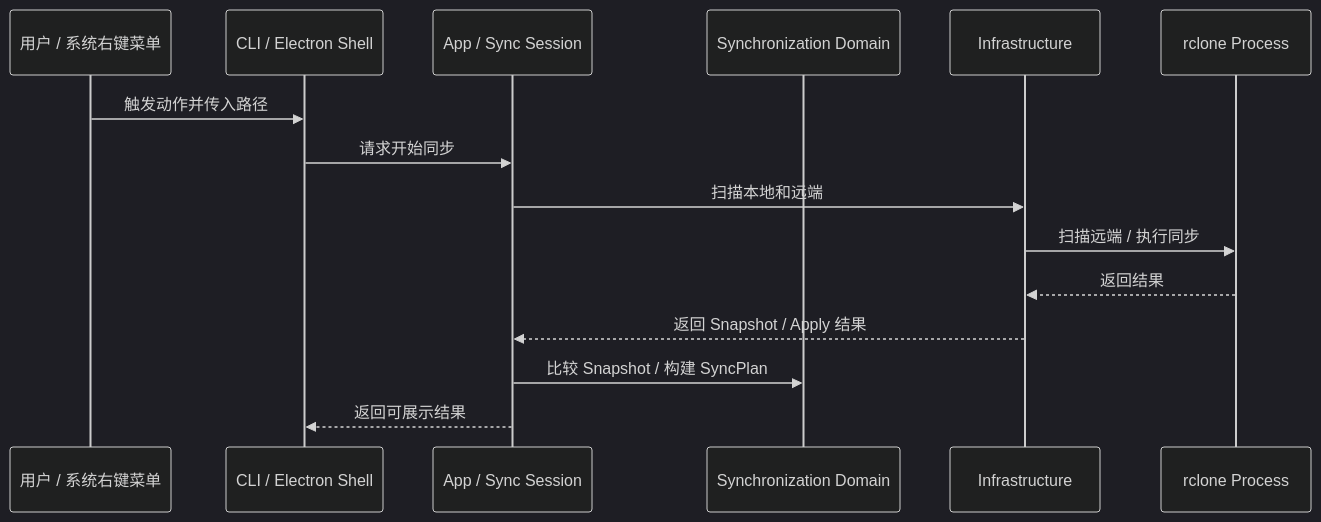
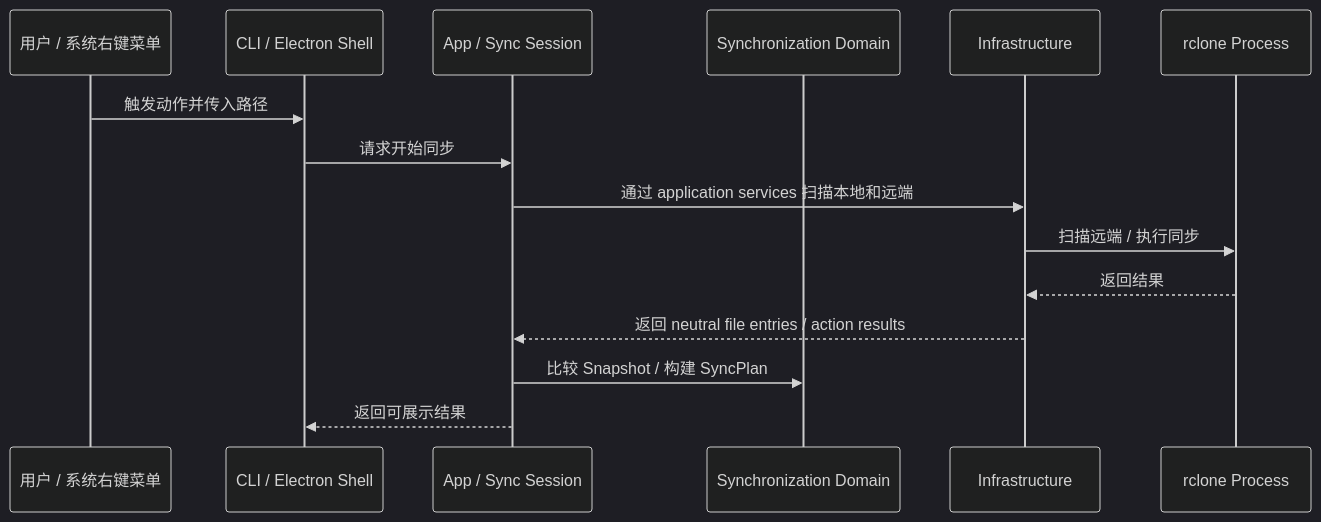
Before and after one commit to agalloch21/sync-with-rclone: the first of 4 diagrams in docs/Architecture.md, drawn with Mermaid (dark theme). The commit also changed other lines of this file and 27 other files, not shown here.

````diff
--- a/docs/Architecture.md
+++ b/docs/Architecture.md
@@ -14,18 +14,18 @@
 ```mermaid
 sequenceDiagram
   participant U as 用户 / 系统右键菜单
   participant S as CLI / Electron Shell
   participant A as App / Sync Session
   participant D as Synchronization Domain
   participant I as Infrastructure
   participant RC as rclone Process
 
   U->>S: 触发动作并传入路径
   S->>A: 请求开始同步
-  A->>I: 扫描本地和远端
+  A->>I: 通过 application services 扫描本地和远端
   I->>RC: 扫描远端 / 执行同步
   RC-->>I: 返回结果
-  I-->>A: 返回 Snapshot / Apply 结果
+  I-->>A: 返回 neutral file entries / action results
   A->>D: 比较 Snapshot / 构建 SyncPlan
   A-->>S: 返回可展示结果
 ```
````
